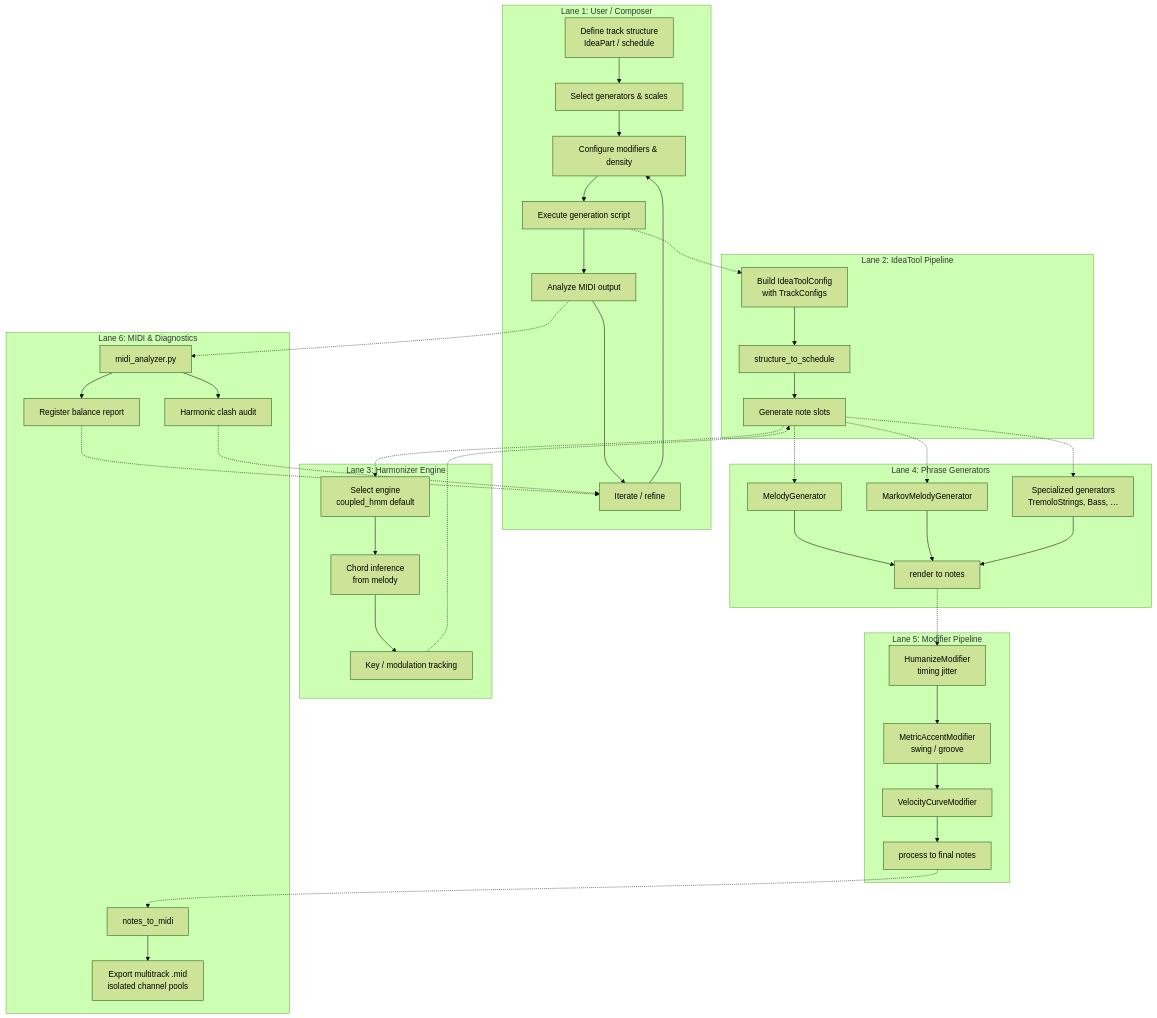
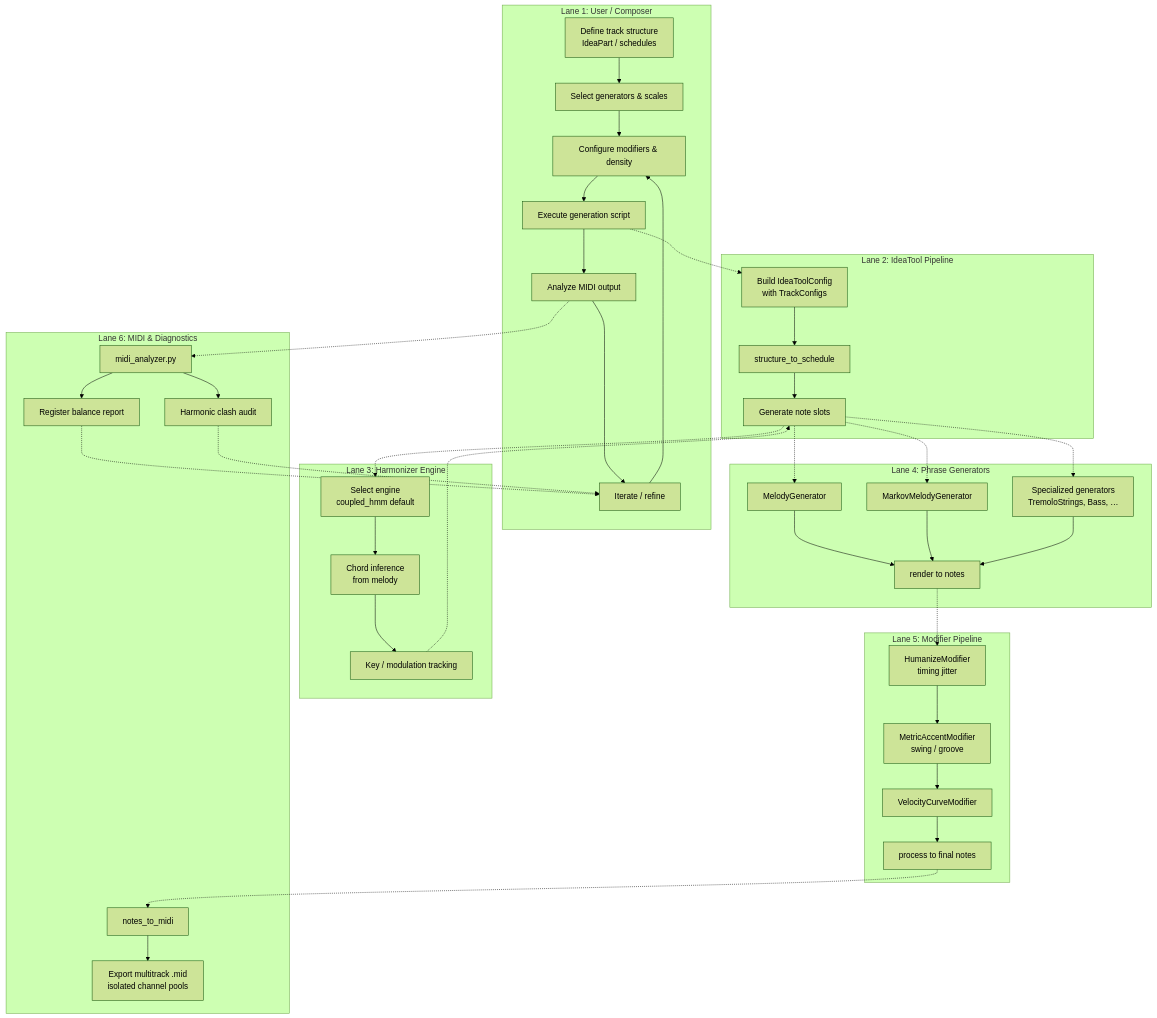
Before and after one commit to bivex/Melodica: the first of 2 diagrams in README.md, drawn with Mermaid (forest theme). The commit also changed other lines of this file, not shown here.

````diff
--- a/README.md
+++ b/README.md
@@ -108,82 +245,82 @@
 ```mermaid
 graph TD
     subgraph Lane1 [Lane 1: User / Composer]
-        U1[Define track structure<br/>IdeaPart / schedule]
+        U1[Define track structure<br/>IdeaPart / schedules]
         U2[Select generators & scales]
         U3[Configure modifiers & density]
         U4[Execute generation script]
         U5[Analyze MIDI output]
         U6[Iterate / refine]
     end
 
     subgraph Lane2 [Lane 2: IdeaTool Pipeline]
         IT1[Build IdeaToolConfig<br/>with TrackConfigs]
         IT2[structure_to_schedule]
         IT3[Generate note slots]
     end
 
     subgraph Lane3 [Lane 3: Harmonizer Engine]
         HE1[Select engine<br/>coupled_hmm default]
         HE2[Chord inference<br/>from melody]
         HE3[Key / modulation tracking]
     end
 
     subgraph Lane4 [Lane 4: Phrase Generators]
         PG1[MelodyGenerator]
         PG2[MarkovMelodyGenerator]
         PG3[Specialized generators<br/>TremoloStrings, Bass, …]
         PG4[render to notes]
     end
 
     subgraph Lane5 [Lane 5: Modifier Pipeline]
         MP1[HumanizeModifier<br/>timing jitter]
         MP2[MetricAccentModifier<br/>swing / groove]
         MP3[VelocityCurveModifier]
         MP4[process to final notes]
     end
 
     subgraph Lane6 [Lane 6: MIDI & Diagnostics]
         ME1[notes_to_midi]
         ME2[Export multitrack .mid<br/>isolated channel pools]
         MA1[midi_analyzer.py]
         MA2[Register balance report]
         MA3[Harmonic clash audit]
     end
 
     U1 --> U2
     U2 --> U3
     U3 --> U4
     U4 --> U5
     U5 --> U6
     U6 --> U3
 
     U4 -.-> IT1
     IT1 --> IT2
     IT2 --> IT3
 
     IT3 -.-> HE1
     HE1 --> HE2
     HE2 --> HE3
     HE3 -.-> IT3
 
     IT3 -.-> PG1
     IT3 -.-> PG2
     IT3 -.-> PG3
     PG1 --> PG4
     PG2 --> PG4
     PG3 --> PG4
 
     PG4 -.-> MP1
     MP1 --> MP2
     MP2 --> MP3
     MP3 --> MP4
 
     MP4 -.-> ME1
     ME1 --> ME2
 
     U5 -.-> MA1
     MA1 --> MA2
     MA1 --> MA3
     MA2 -.-> U6
     MA3 -.-> U6
 ```
````
